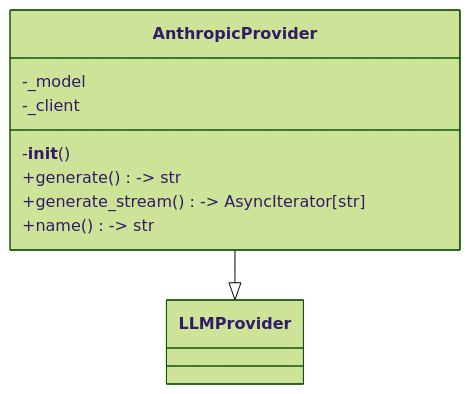
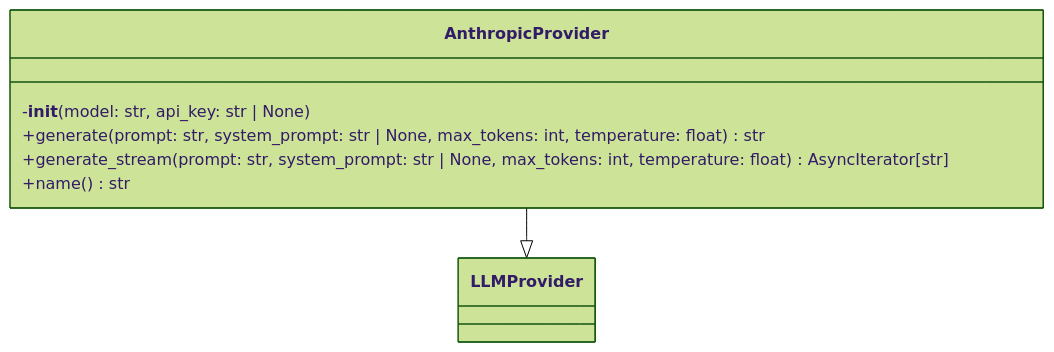
Before and after one commit to UrbanDiver/local-deepwiki-mcp: the first of 2 diagrams in .deepwiki/files/src/local_deepwiki/providers/llm/anthropic.md, drawn with Mermaid (forest theme). The commit also changed other lines of this file and 53 other files, not shown here.

````diff
--- a/.deepwiki/files/src/local_deepwiki/providers/llm/anthropic.md
+++ b/.deepwiki/files/src/local_deepwiki/providers/llm/anthropic.md
@@ -112,12 +276,10 @@
 ```mermaid
 classDiagram
     class AnthropicProvider {
-        -_model
-        -_client
-        -__init__()
-        +generate() -> str
-        +generate_stream() -> AsyncIterator[str]
-        +name() -> str
+        -__init__(model: str, api_key: str | None)
+        +generate(prompt: str, system_prompt: str | None, max_tokens: int, temperature: float) str
+        +generate_stream(prompt: str, system_prompt: str | None, max_tokens: int, temperature: float) AsyncIterator[str]
+        +name() str
     }
     AnthropicProvider --|> LLMProvider
 ```
````
